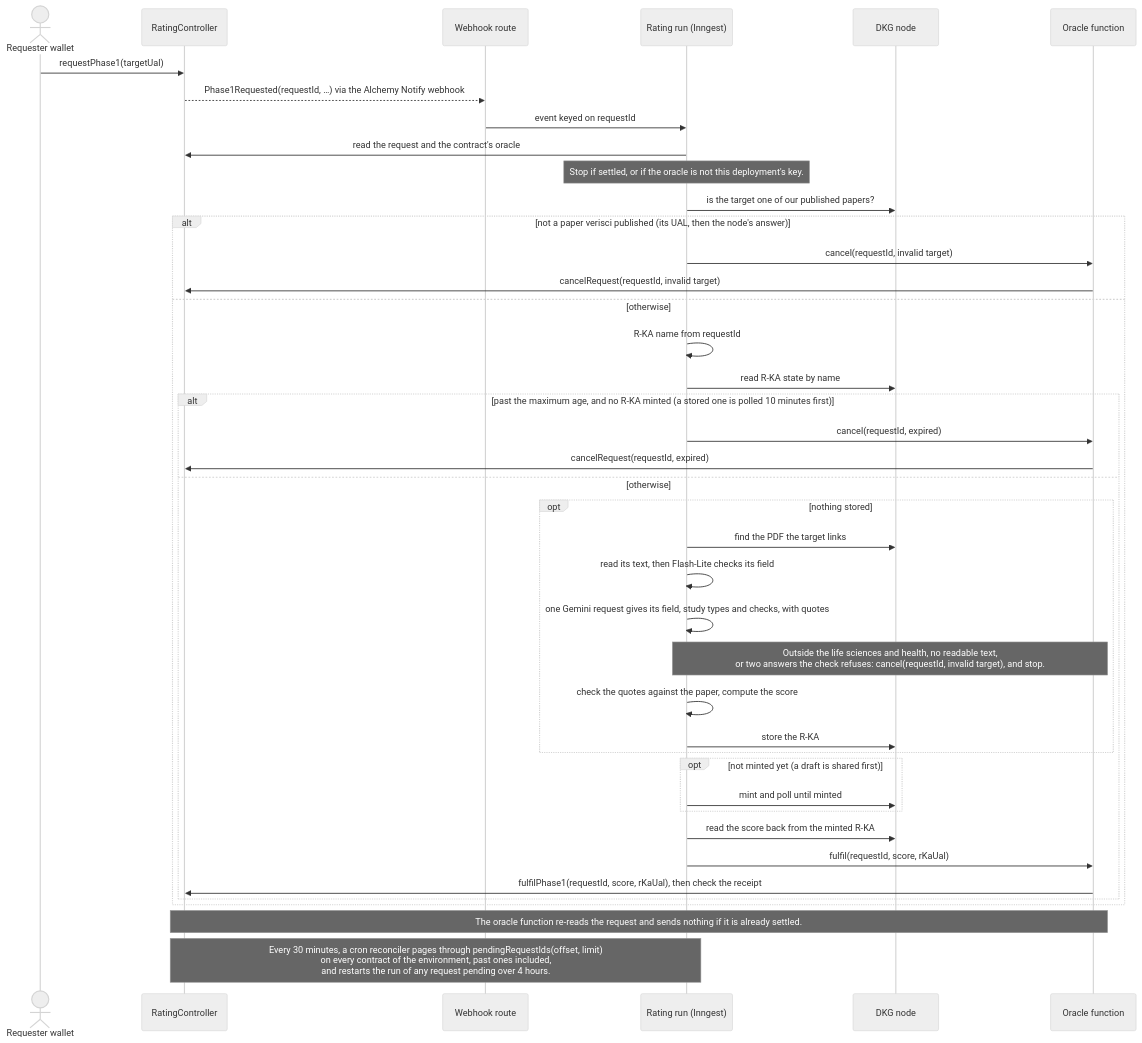
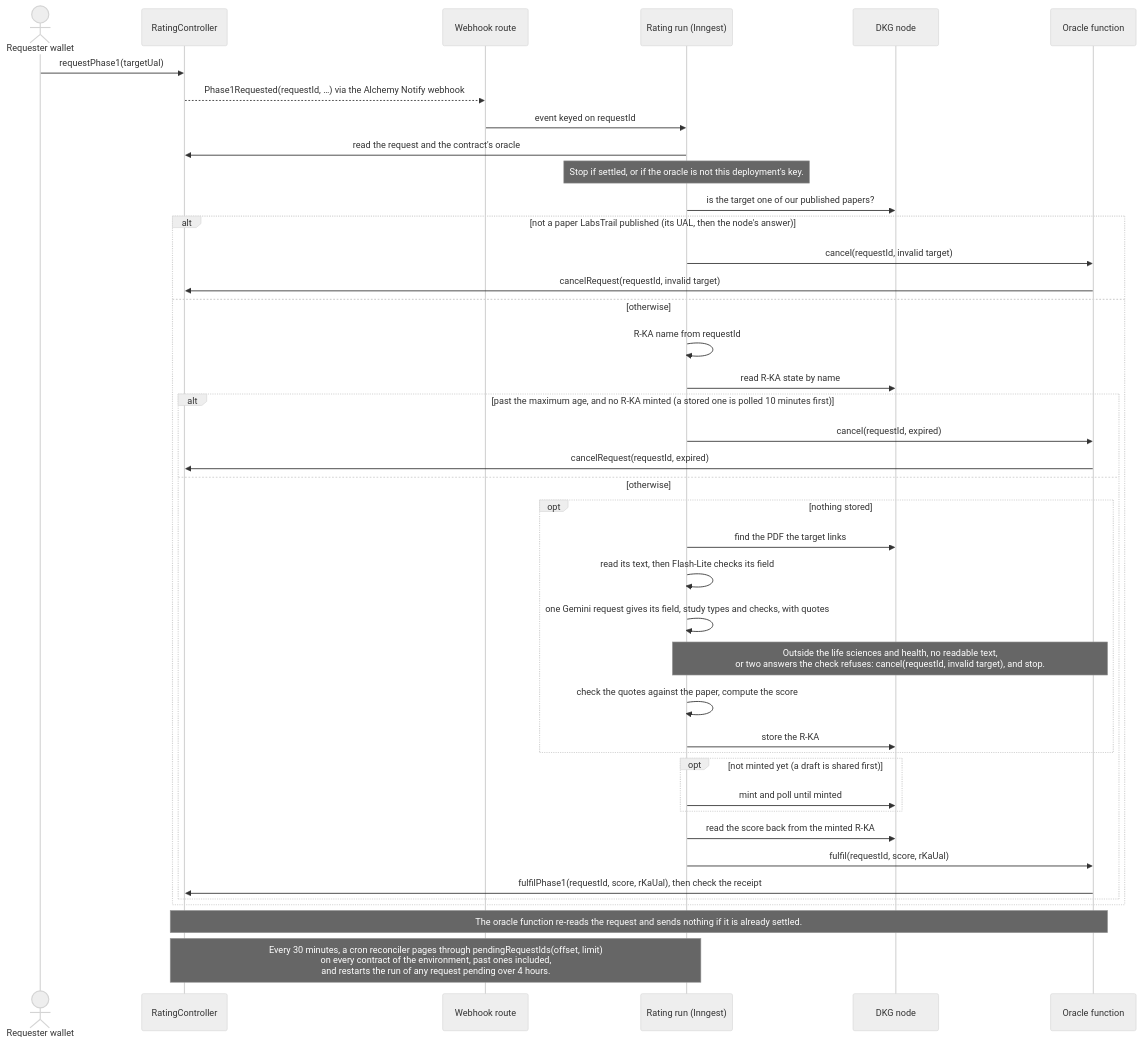
Before and after one commit to SiegfriedBz/labstrail: the third of 3 diagrams in README.md, drawn with Mermaid (neutral theme). The commit also changed other lines of this file and 264 other files, not shown here.

First line of the commit message:
feat(repo): rename the project to LabsTrail (#56)

````diff
--- a/README.md
+++ b/README.md
@@ -248,43 +252,43 @@
 ```mermaid
 sequenceDiagram
   actor U as Requester wallet
   participant C as RatingController
   participant W as Webhook route
   participant R as Rating run (Inngest)
   participant N as DKG node
   participant O as Oracle function
   U->>C: requestPhase1(targetUal)
   C-->>W: Phase1Requested(requestId, …) via the Alchemy Notify webhook
   W->>R: event keyed on requestId
   R->>C: read the request and the contract's oracle
   Note over R: Stop if settled, or if the oracle is not this deployment's key.
   R->>N: is the target one of our published papers?
-  alt not a paper verisci published (its UAL, then the node's answer)
+  alt not a paper LabsTrail published (its UAL, then the node's answer)
     R->>O: cancel(requestId, invalid target)
     O->>C: cancelRequest(requestId, invalid target)
   else otherwise
     R->>R: R-KA name from requestId
     R->>N: read R-KA state by name
     alt past the maximum age, and no R-KA minted (a stored one is polled 10 minutes first)
       R->>O: cancel(requestId, expired)
       O->>C: cancelRequest(requestId, expired)
     else otherwise
       opt nothing stored
         R->>N: find the PDF the target links
         R->>R: read its text, then Flash-Lite checks its field
         R->>R: one Gemini request gives its field, study types and checks, with quotes
         Note over R,O: Outside the life sciences and health, no readable text,<br/>or two answers the check refuses: cancel(requestId, invalid target), and stop.
         R->>R: check the quotes against the paper, compute the score
         R->>N: store the R-KA
       end
       opt not minted yet (a draft is shared first)
         R->>N: mint and poll until minted
       end
       R->>N: read the score back from the minted R-KA
       R->>O: fulfil(requestId, score, rKaUal)
       O->>C: fulfilPhase1(requestId, score, rKaUal), then check the receipt
     end
   end
   Note over C,O: The oracle function re-reads the request and sends nothing if it is already settled.
   Note over C,R: Every 30 minutes, a cron reconciler pages through pendingRequestIds(offset, limit)<br/>on every contract of the environment, past ones included,<br/>and restarts the run of any request pending over 4 hours.
 ```
````
